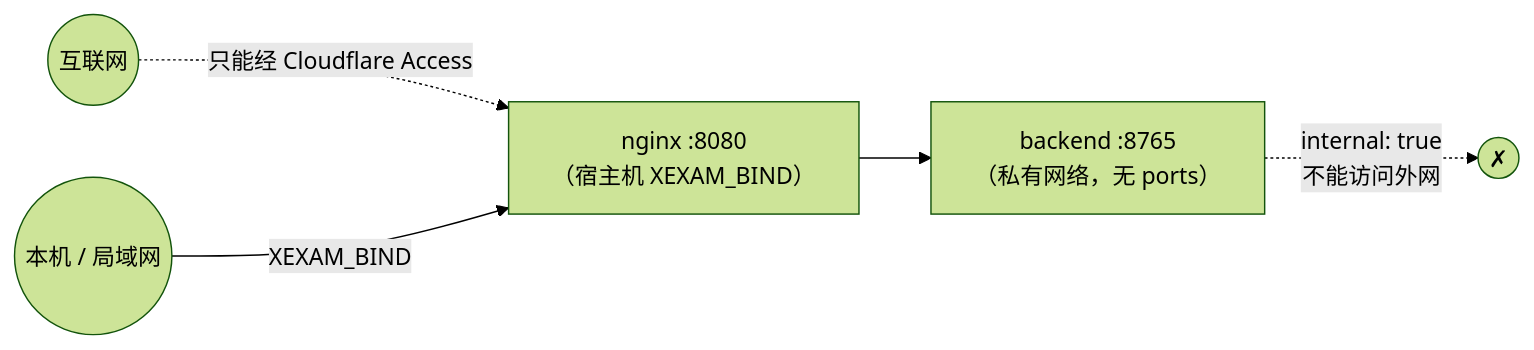
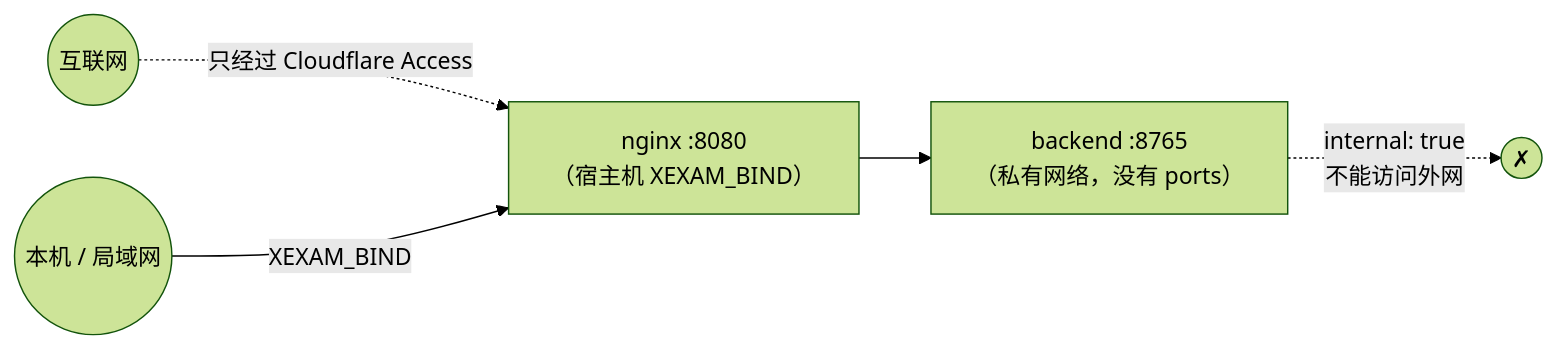
The diagram in docs/zh-CN/security.md (Yumin-Space/xexam), drawn with Mermaid (forest theme) before and after one commit. The commit also changed other lines of this file and 295 other files, not shown here.

````diff
--- a/docs/zh-CN/security.md
+++ b/docs/zh-CN/security.md
@@ -23,7 +26,7 @@
 ```mermaid
 flowchart LR
-    I(("互联网")) -.->|"只能经 Cloudflare Access"| N["nginx :8080<br/>（宿主机 XEXAM_BIND）"]
+    I(("互联网")) -.->|"只经过 Cloudflare Access"| N["nginx :8080<br/>（宿主机 XEXAM_BIND）"]
     L(("本机 / 局域网")) -->|"XEXAM_BIND"| N
-    N --> B["backend :8765<br/>（私有网络，无 ports）"]
+    N --> B["backend :8765<br/>（私有网络，没有 ports）"]
     B -. "internal: true<br/>不能访问外网" .-> X(("✗"))
 ```
````
